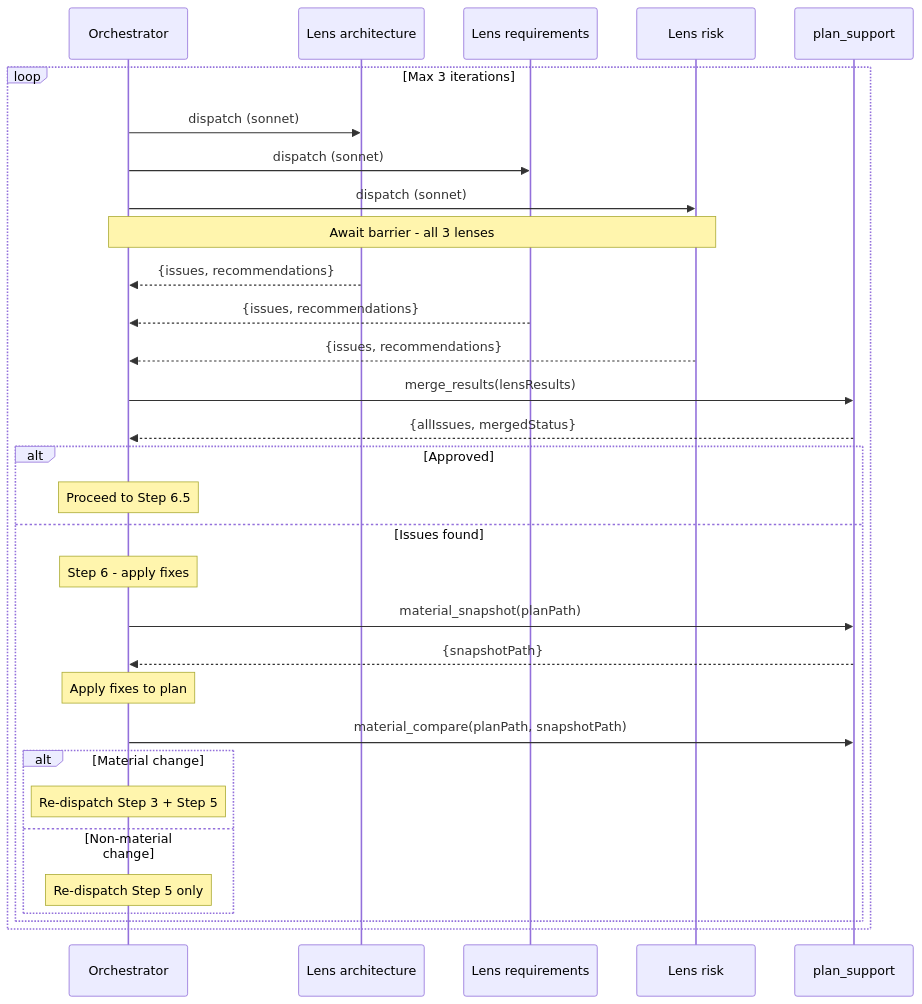
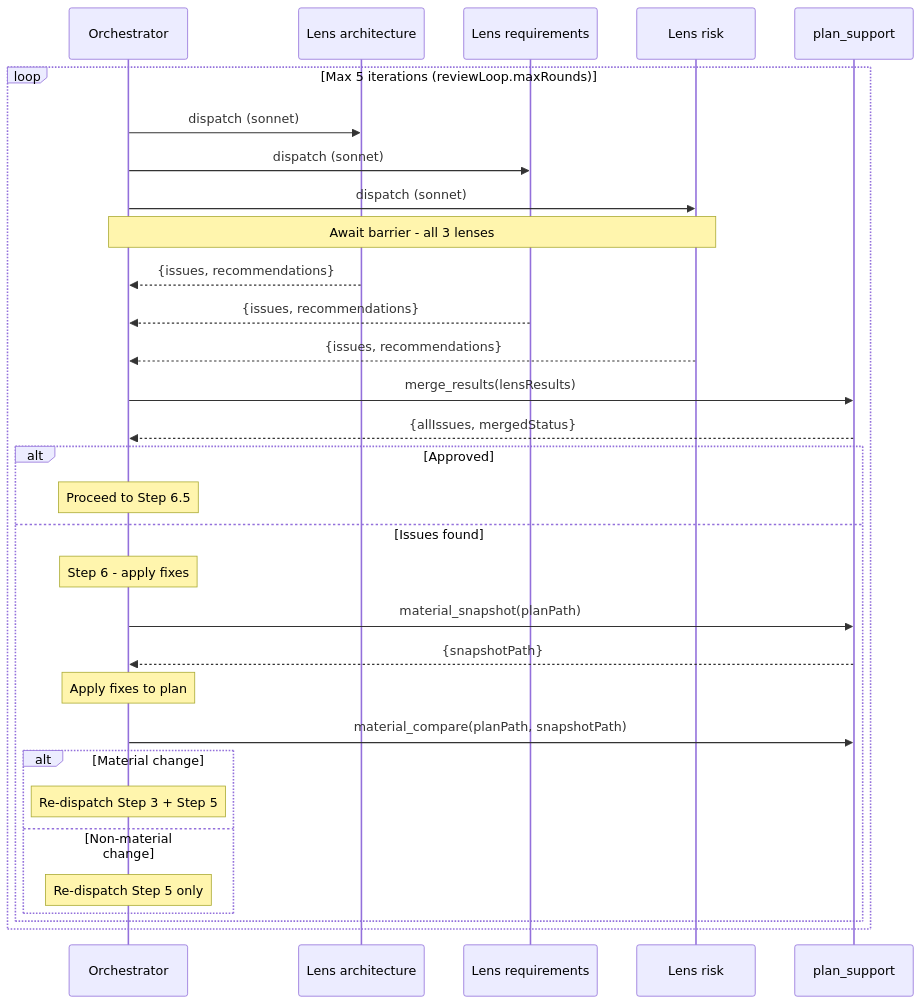
One commit to rnagrodzki/sdlc-plugin changed the third of 4 diagrams in docs/plan-architecture.md. Above: the diagram before and after it, drawn with Mermaid. The commit also changed other lines of this file and 105 other files, not shown here.

````diff
--- a/docs/plan-architecture.md
+++ b/docs/plan-architecture.md
@@ -501,37 +505,37 @@
 ```mermaid
 sequenceDiagram
     participant O as Orchestrator
     participant A as Lens architecture
     participant R as Lens requirements
     participant K as Lens risk
     participant PS as plan_support
 
-    loop Max 3 iterations
+    loop Max 5 iterations (reviewLoop.maxRounds)
         O->>A: dispatch (sonnet)
         O->>R: dispatch (sonnet)
         O->>K: dispatch (sonnet)
         Note over O,K: Await barrier - all 3 lenses
 
         A-->>O: {issues, recommendations}
         R-->>O: {issues, recommendations}
         K-->>O: {issues, recommendations}
 
         O->>PS: merge_results(lensResults)
         PS-->>O: {allIssues, mergedStatus}
 
         alt Approved
             Note over O: Proceed to Step 6.5
         else Issues found
             Note over O: Step 6 - apply fixes
             O->>PS: material_snapshot(planPath)
             PS-->>O: {snapshotPath}
             Note over O: Apply fixes to plan
             O->>PS: material_compare(planPath, snapshotPath)
             alt Material change
                 Note over O: Re-dispatch Step 3 + Step 5
             else Non-material change
                 Note over O: Re-dispatch Step 5 only
             end
         end
     end
 ```
````
